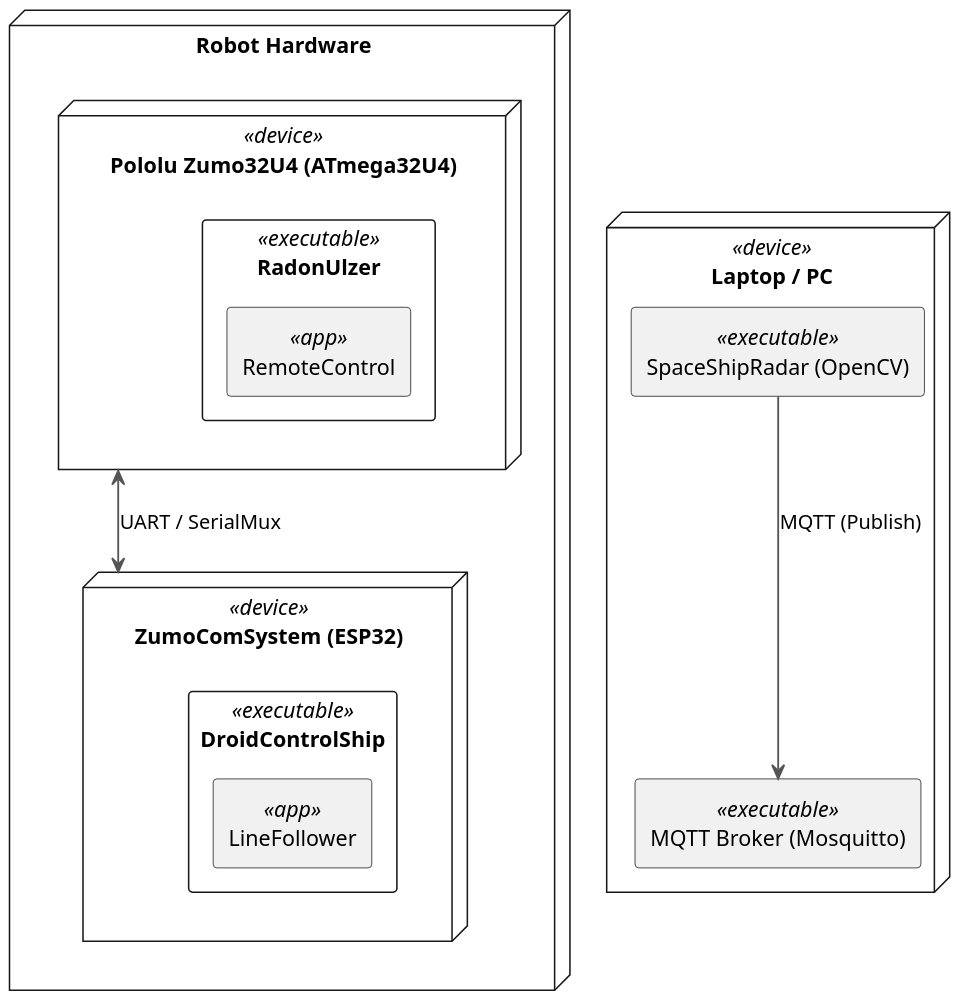
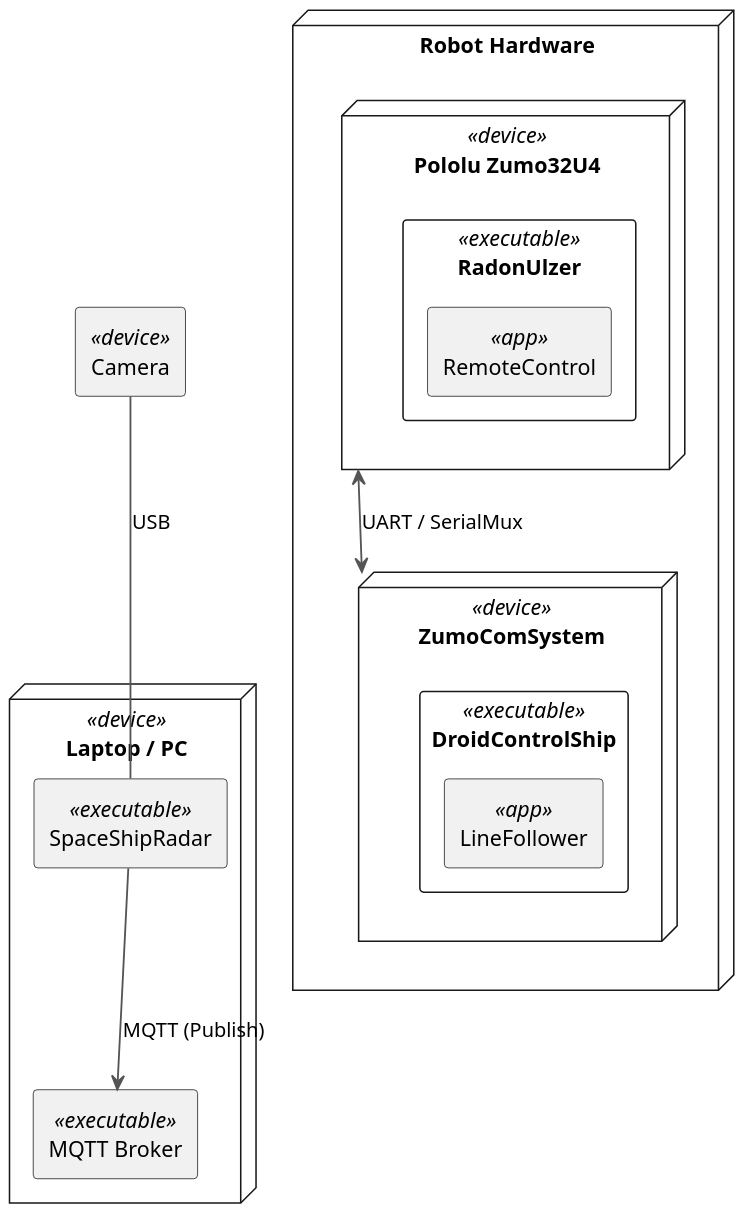
One commit to BlueAndi/DroidControlShip changed the diagram in doc/SensorFusion/architecture/DeploymentDiagram_RealWorld_current.puml. Above: the diagram before and after it, drawn with PlantUML. The commit also changed 4 other files, not shown here.

Commit message:
DeploymentDiagram

```diff
--- a/doc/SensorFusion/architecture/DeploymentDiagram_RealWorld_current.puml
+++ b/doc/SensorFusion/architecture/DeploymentDiagram_RealWorld_current.puml
@@ -1,36 +1,37 @@
 @startuml ZumoReal_MQTT
 skinparam dpi 150
 skinparam componentStyle rectangle
 skinparam ArrowColor #555
 skinparam ArrowThickness 1.2
 skinparam defaultFontName Helvetica
 
 
 
 node "Robot Hardware" {
-node "ZumoComSystem (ESP32)" <<device>> as ZCS {
+node "ZumoComSystem" <<device>> as ZCS {
     component "DroidControlShip" <<executable>> as DCS {
     component "LineFollower" <<app>> as LineFollowerApp
     }
 }
 
-node "Pololu Zumo32U4 (ATmega32U4)" <<device>> as ZUMO {
+node "Pololu Zumo32U4" <<device>> as ZUMO {
     component "RadonUlzer" <<executable>> as RadonUlzer {
     component "RemoteControl" <<app>> as RemoteControlApp
     }
 }
 }
 
 node "Laptop / PC" <<device>> as HOST {
-    component "MQTT Broker (Mosquitto)" <<executable>> as BROKER
-    component "SpaceShipRadar (OpenCV)" <<executable>> as SSR
+    component "MQTT Broker" <<executable>> as BROKER
+    component "SpaceShipRadar" <<executable>> as SSR
 }
 
+component "Camera" <<device>> as CAMERA
 
-' ==== Datenverbindungen ====
 ZUMO <--> ZCS : UART / SerialMux
 SSR --> BROKER : MQTT (Publish)
+CAMERA -- SSR : USB 
 
 
 
 @enduml
```
